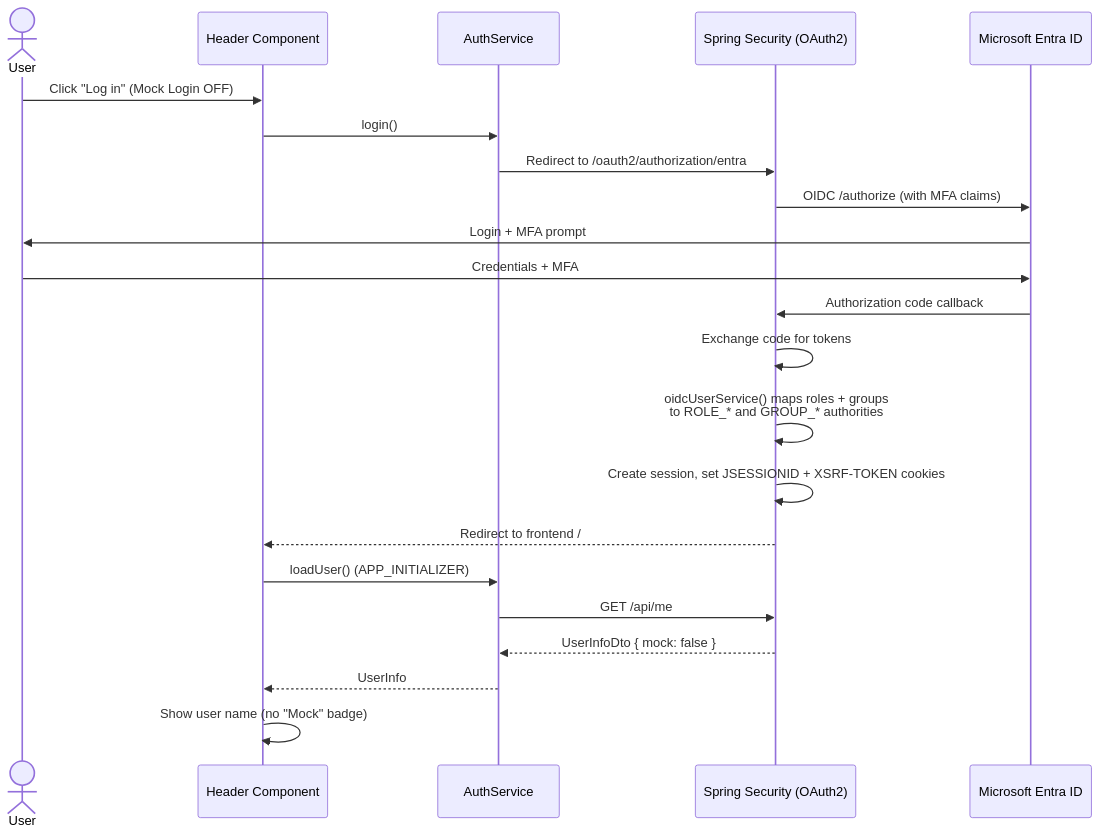
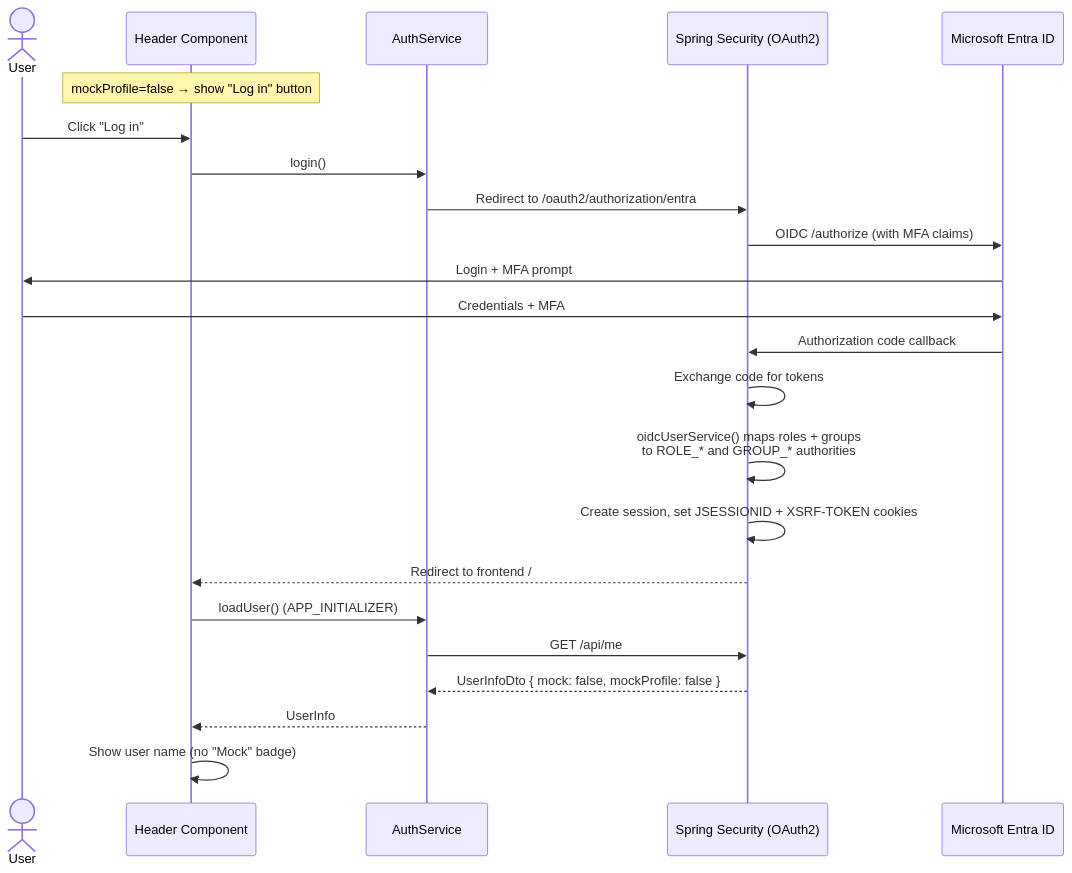
One commit to FredX123/leap-poc changed the third of 4 diagrams in docs/mock-authentication.md. Above: the diagram before and after it, drawn with Mermaid. The commit also changed other lines of this file and 14 other files, not shown here.

Commit message:
Implementated the solution of Spring profile-based mock authentication / authorization. Do not use for now. Decide later.

````diff
--- a/docs/mock-authentication.md
+++ b/docs/mock-authentication.md
@@ -165,25 +249,26 @@
 ```mermaid
 sequenceDiagram
     actor User
     participant Header as Header Component
     participant AuthSvc as AuthService
     participant Spring as Spring Security (OAuth2)
     participant Entra as Microsoft Entra ID
 
-    User->>Header: Click "Log in" (Mock Login OFF)
+    Note over Header: mockProfile=false → show "Log in" button
+    User->>Header: Click "Log in"
     Header->>AuthSvc: login()
     AuthSvc->>Spring: Redirect to /oauth2/authorization/entra
     Spring->>Entra: OIDC /authorize (with MFA claims)
     Entra->>User: Login + MFA prompt
     User->>Entra: Credentials + MFA
     Entra->>Spring: Authorization code callback
     Spring->>Spring: Exchange code for tokens
     Spring->>Spring: oidcUserService() maps roles + groups<br/>to ROLE_* and GROUP_* authorities
     Spring->>Spring: Create session, set JSESSIONID + XSRF-TOKEN cookies
     Spring-->>Header: Redirect to frontend /
     Header->>AuthSvc: loadUser() (APP_INITIALIZER)
     AuthSvc->>Spring: GET /api/me
-    Spring-->>AuthSvc: UserInfoDto { mock: false }
+    Spring-->>AuthSvc: UserInfoDto { mock: false, mockProfile: false }
     AuthSvc-->>Header: UserInfo
     Header->>Header: Show user name (no "Mock" badge)
 ```
````
